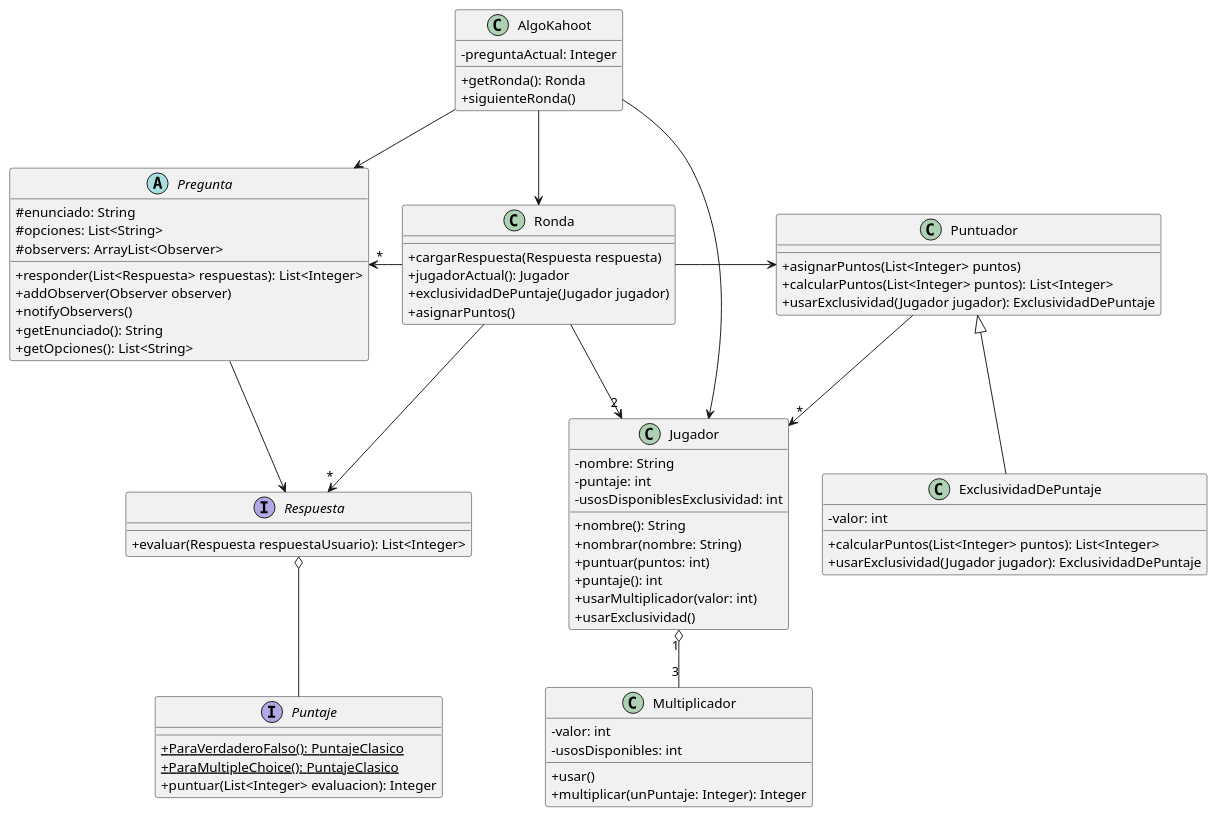
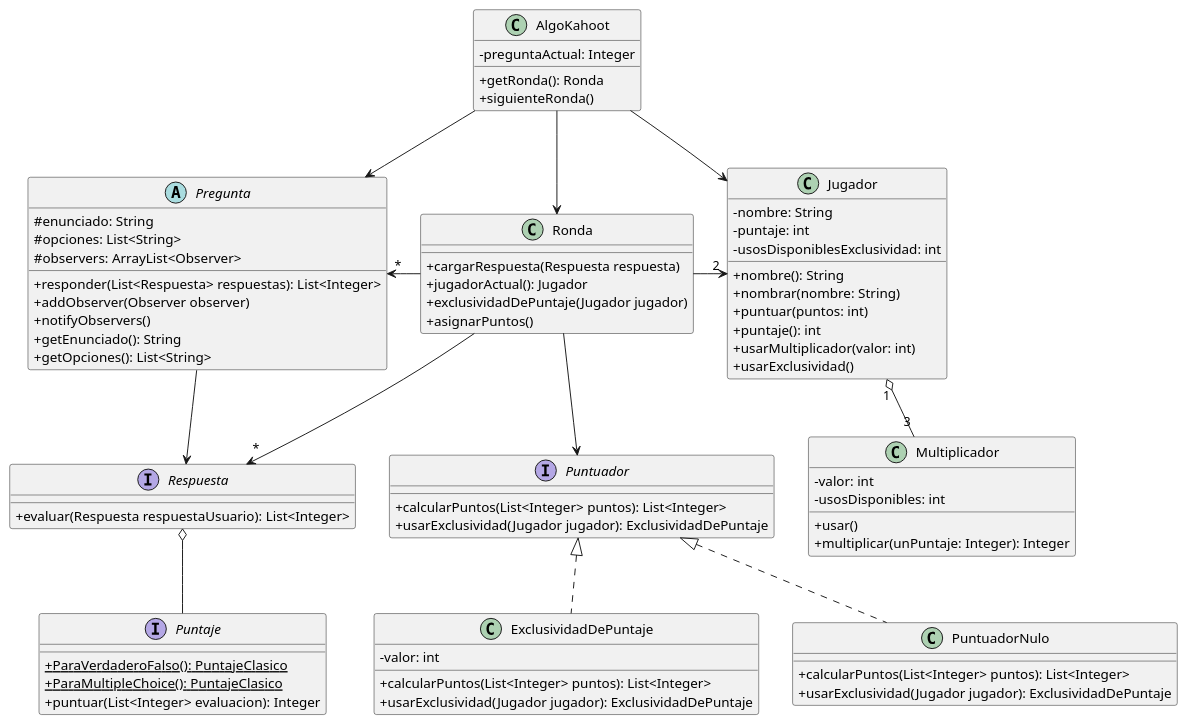
One commit to gcc-cdimatteo/Algoritmos-y-Programacion-III-75.07 changed the diagram in Documentacion/Diagrama de Clase General.puml. Above: the diagram before and after it, drawn with PlantUML. The commit also changed 3 other files, not shown here.

Commit message:
uml: Agrego diagrama de clases de preguntas y respuestas

```diff
--- a/Documentacion/Diagrama de Clase General.puml
+++ b/Documentacion/Diagrama de Clase General.puml
@@ -1,97 +1,98 @@
 @startuml
 skinparam classAttributeIconSize 0
 
 class AlgoKahoot {
     - preguntaActual: Integer
     + getRonda(): Ronda
     + siguienteRonda()
 }
 
 abstract class Pregunta {
     # enunciado: String
     # opciones: List<String>
     # observers: ArrayList<Observer>
     + responder(List<Respuesta> respuestas): List<Integer>
     + addObserver(Observer observer)
     + notifyObservers()
     + getEnunciado(): String
     + getOpciones(): List<String>
 }
 
 interface Puntaje {
     + {static} ParaVerdaderoFalso(): PuntajeClasico
     + {static} ParaMultipleChoice(): PuntajeClasico
     + puntuar(List<Integer> evaluacion): Integer
 }
 
 class Jugador {
     - nombre: String
     - puntaje: int
     - usosDisponiblesExclusividad: int
     + nombre(): String
     + nombrar(nombre: String)
     + puntuar(puntos: int)
     + puntaje(): int
     + usarMultiplicador(valor: int)
     + usarExclusividad()
 }
 
 class Ronda {
     + cargarRespuesta(Respuesta respuesta)
     + jugadorActual(): Jugador
     + exclusividadDePuntaje(Jugador jugador)
     + asignarPuntos()
 }
 
 class ExclusividadDePuntaje {
     - valor: int
     + calcularPuntos(List<Integer> puntos): List<Integer>
     + usarExclusividad(Jugador jugador): ExclusividadDePuntaje
 }
-
 class Multiplicador {
     - valor: int
     - usosDisponibles: int
     + usar()
     + multiplicar(unPuntaje: Integer): Integer
 }
-
-class Puntuador {
-    + asignarPuntos(List<Integer> puntos)
+interface Puntuador {
+    + calcularPuntos(List<Integer> puntos): List<Integer>
+    + usarExclusividad(Jugador jugador): ExclusividadDePuntaje
+}
+class PuntuadorNulo {
     + calcularPuntos(List<Integer> puntos): List<Integer>
     + usarExclusividad(Jugador jugador): ExclusividadDePuntaje
 }
 
 interface Respuesta {
     + evaluar(Respuesta respuestaUsuario): List<Integer>
 }
 
 
 'Ordenamiento De Cuadrados
 
 'Herencia --|> cumple la relación 'es un'
-ExclusividadDePuntaje -up-|> Puntuador
 
 'Asociacion --> un objeto guarda a otro
-Puntuador --> "*" Jugador
 Pregunta --> Respuesta
 Ronda -left-> "*" Pregunta
-Ronda -right-> Puntuador
+Ronda -down-> Puntuador
 Ronda --> "*" Respuesta
-Ronda --> "2" Jugador
-AlgoKahoot --> Jugador
+Ronda -right-> "2" Jugador
 AlgoKahoot --> Pregunta
-AlgoKahoot --> Ronda
+AlgoKahoot -down-> Ronda
+AlgoKahoot -down-> Jugador
 
 'Agregacion --o un objeto esta compuesto por otro pero no lo necesita para vivir
 Jugador "1" o-- "3" Multiplicador
 Respuesta o-- Puntaje
 
 'Composicion --* un objeto es dueño de otro
 
 'Dependencia ..> un objeto utiliza a otro porque lo recibe/devuelve
 
 'Interfaces ..|> colección de declaraciones de métodos sin implemetnar
+ExclusividadDePuntaje .up.|> Puntuador
+PuntuadorNulo .up.|> Puntuador
 
 
 @enduml
```
